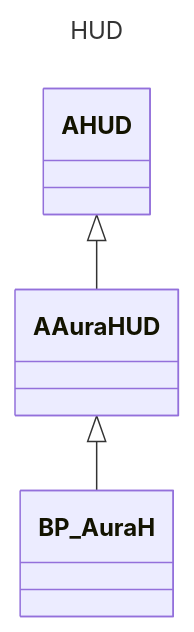
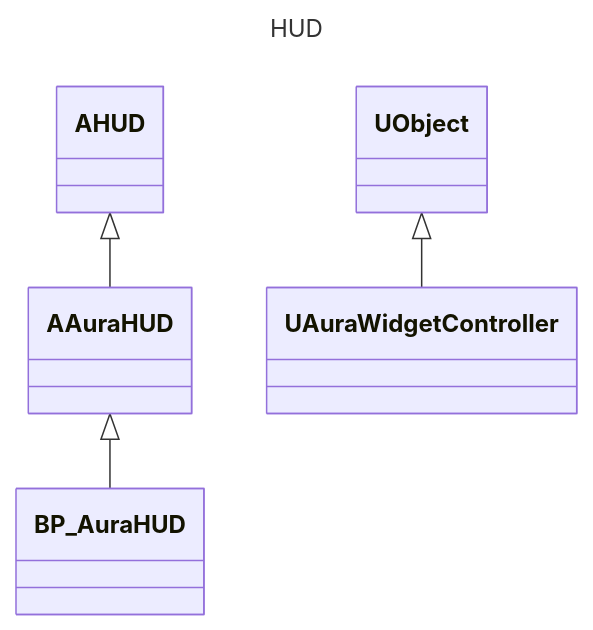
Before and after one commit to swang81/GameplayAbilitySystem: the second of 2 diagrams in Readme.md, drawn with Mermaid. The commit also changed 11 other files, not shown here.

````diff
--- a/Readme.md
+++ b/Readme.md
@@ -23,8 +23,10 @@
 ```mermaid
 ---
 title: HUD
 ---
 classDiagram
 AHUD <|-- AAuraHUD
-AAuraHUD <|-- BP_AuraH
+AAuraHUD <|-- BP_AuraHUD
+UObject <|-- UAuraWidgetController
+
 ```
````
